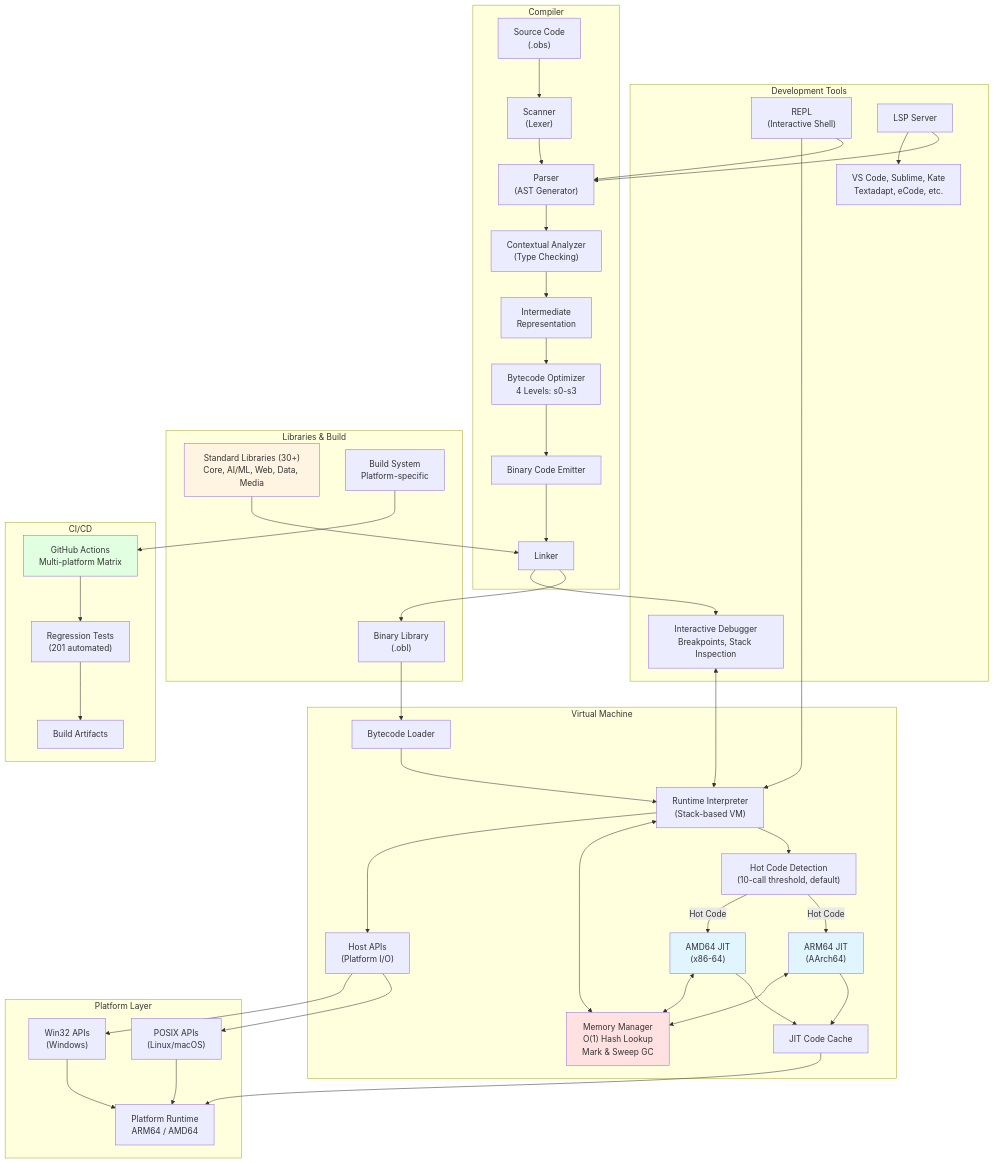
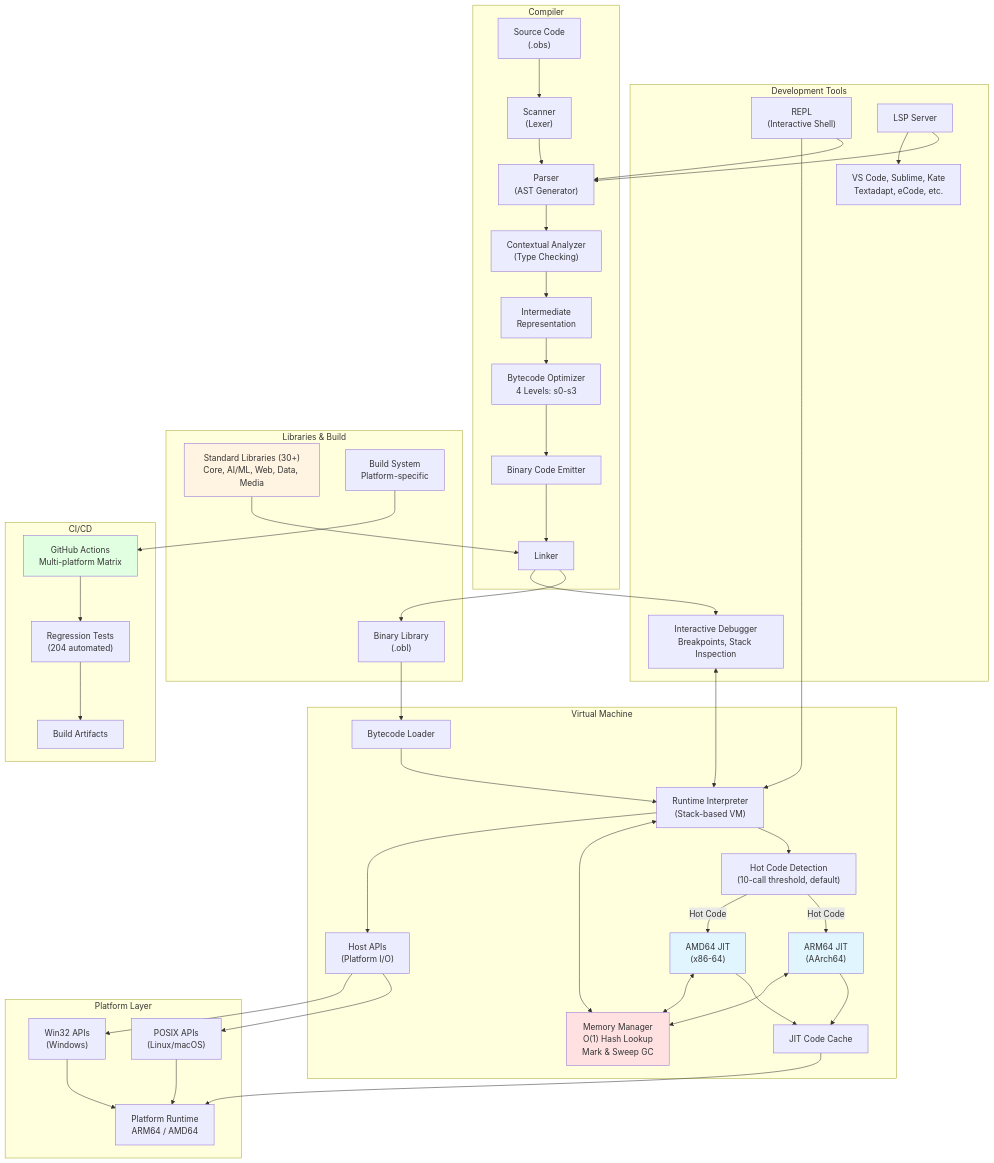
The first of 27 diagrams in docs/architecture.md (objeck/objeck-lang), drawn with Mermaid before and after one commit. The commit also changed other lines of this file and 4 other files, not shown here.

```diff
--- a/docs/architecture.md
+++ b/docs/architecture.md
@@ -70,7 +70,7 @@
 
     subgraph "CI/CD"
         GHA["GitHub Actions<br/>Multi-platform Matrix"]
-        Tests["Regression Tests<br/>(201 automated)"]
+        Tests["Regression Tests<br/>(204 automated)"]
         Artifacts["Build Artifacts"]
     end
 
```
